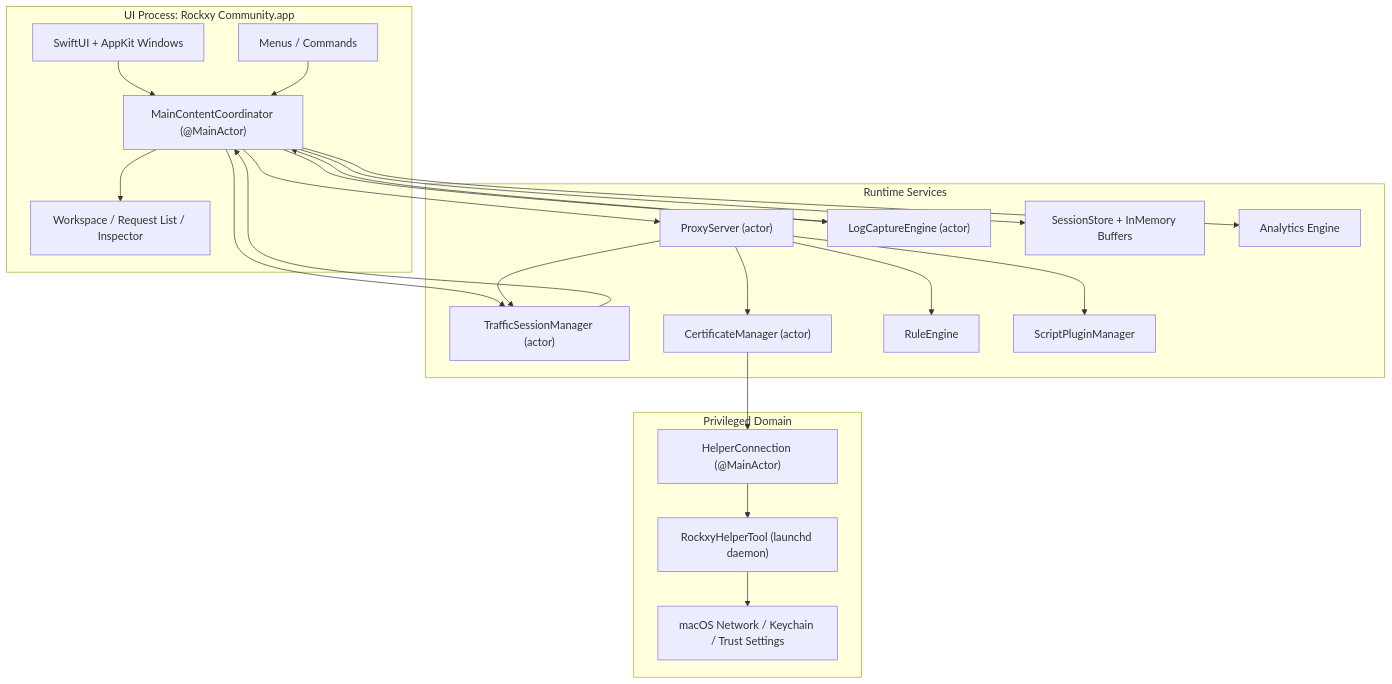
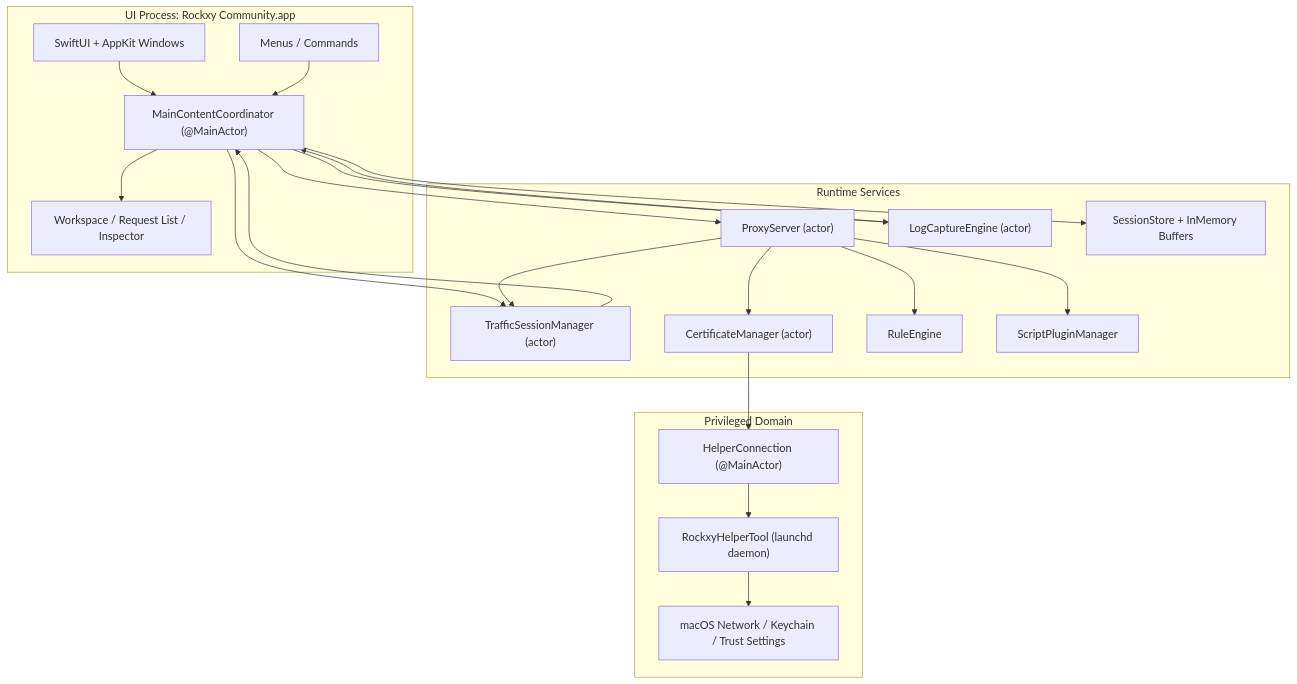
The first of 4 diagrams in README.de.md (RockxyApp/Rockxy), drawn with Mermaid before and after one commit. The commit also changed other lines of this file and 68 other files, not shown here.

First line of the commit message:
feat: security hardening, docs honesty, trust recovery, helper lifecycle, architecture cleanup

````diff
--- a/README.de.md
+++ b/README.de.md
@@ -187,44 +213,42 @@
 ```mermaid
 flowchart TB
     subgraph UI["UI Process: Rockxy Community.app"]
         Menus["Menus / Commands"]
         Windows["SwiftUI + AppKit Windows"]
         Coordinator["MainContentCoordinator (@MainActor)"]
         Workspace["Workspace / Request List / Inspector"]
     end
 
     subgraph Runtime["Runtime Services"]
         Proxy["ProxyServer (actor)"]
         Traffic["TrafficSessionManager (actor)"]
         LogMgr["LogCaptureEngine (actor)"]
         Cert["CertificateManager (actor)"]
         Rules["RuleEngine"]
         Plugins["ScriptPluginManager"]
         Storage["SessionStore + InMemory Buffers"]
-        Analytics["Analytics Engine"]
     end
 
     subgraph Privileged["Privileged Domain"]
         HelperClient["HelperConnection (@MainActor)"]
         Helper["RockxyHelperTool (launchd daemon)"]
         System["macOS Network / Keychain / Trust Settings"]
     end
 
     Windows --> Coordinator
     Menus --> Coordinator
     Coordinator --> Workspace
     Coordinator --> Proxy
     Coordinator --> Traffic
     Coordinator --> LogMgr
     Coordinator --> Storage
-    Coordinator --> Analytics
     Proxy --> Rules
     Proxy --> Plugins
     Proxy --> Cert
     Proxy --> Traffic
     Traffic --> Coordinator
     LogMgr --> Coordinator
     Cert --> HelperClient
     HelperClient --> Helper
     Helper --> System
 ```
````
